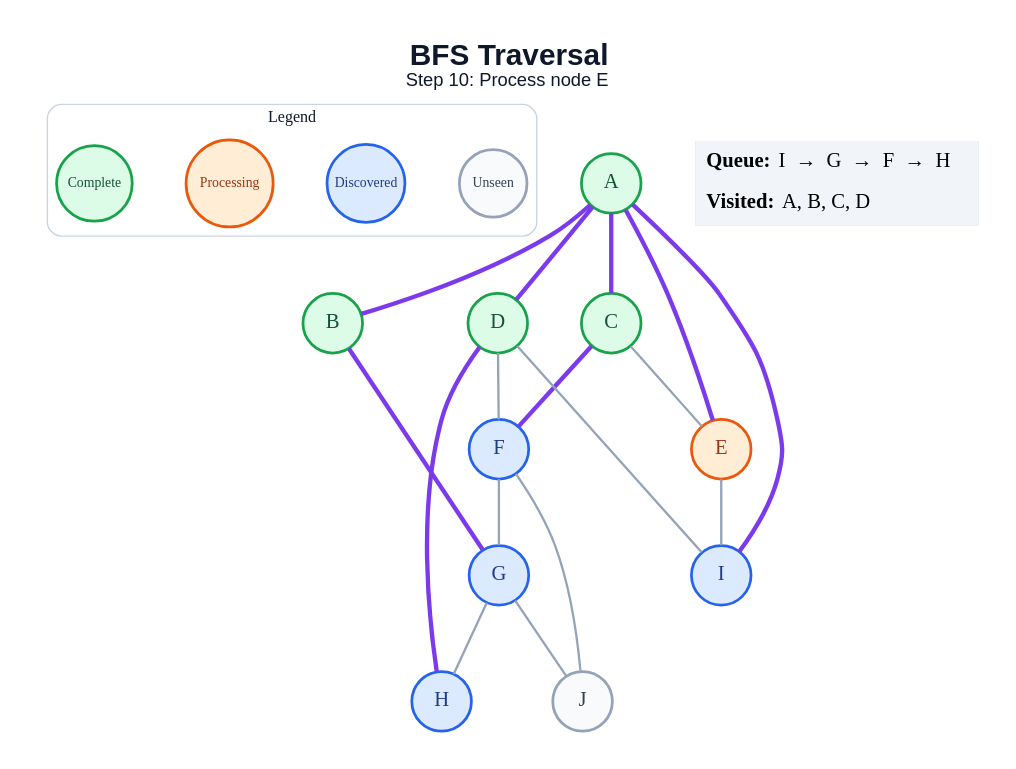
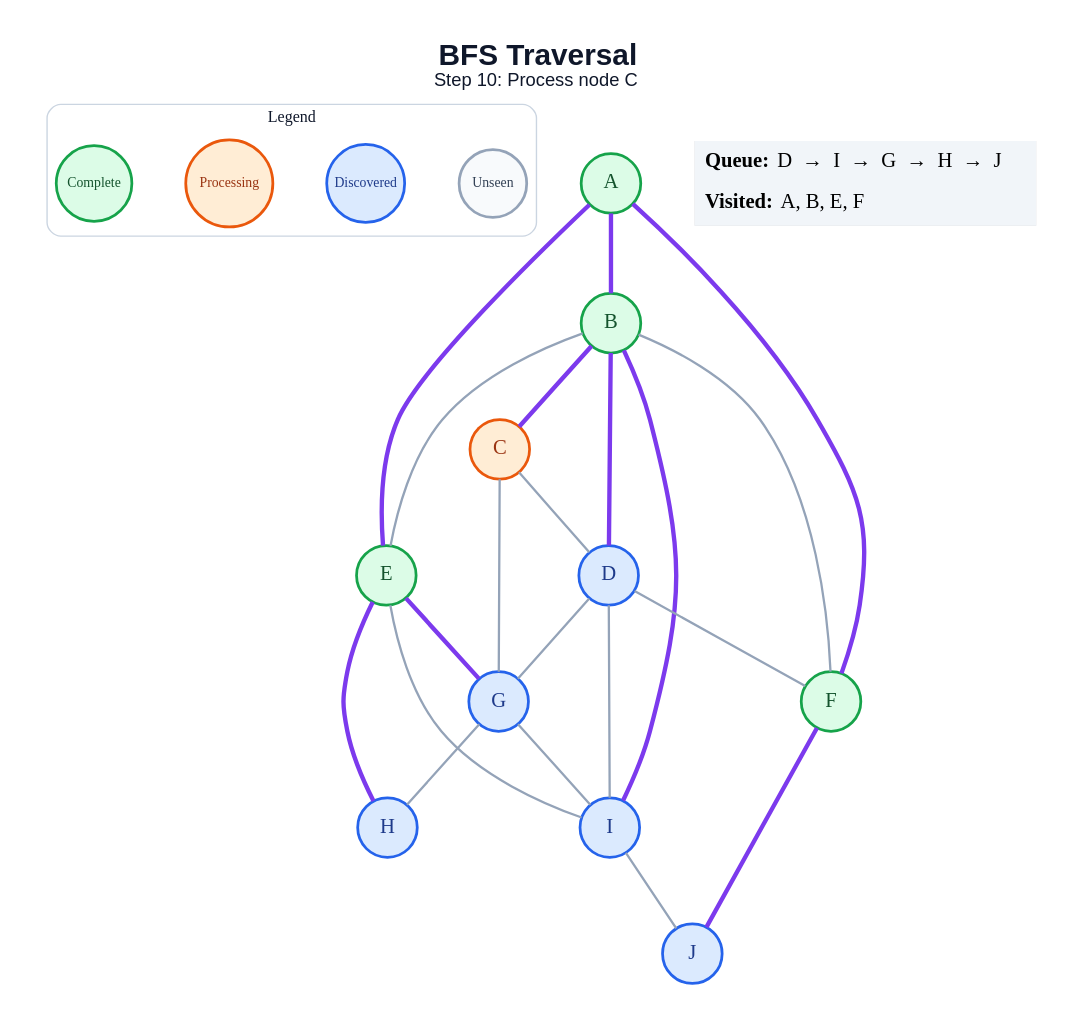
Before and after one commit to amanghodawala9/ai-slop: the diagram in generated/bfs/step_10.dot, drawn with Graphviz. The commit also changed 178 other files, not shown here.

```diff
--- a/generated/bfs/step_10.dot
+++ b/generated/bfs/step_10.dot
@@ -1,45 +1,49 @@
 graph traversal {
   graph [layout=dot, rankdir=TB, bgcolor="#FFFFFF", pad="0.35", nodesep="0.65", ranksep="0.8", fontname="Arial"];
   node [shape=circle, style="filled", fontname="Arial Bold", fontsize=18, width=0.72, fixedsize=true, penwidth=2.4];
   edge [color="#94A3B8", penwidth=2.0];
-  label=<<B>BFS Traversal</B><BR/><FONT POINT-SIZE="16">Step 10: Process node E</FONT>>; labelloc="t"; fontsize=26; fontname="Arial"; fontcolor="#0F172A";
+  label=<<B>BFS Traversal</B><BR/><FONT POINT-SIZE="16">Step 10: Process node C</FONT>>; labelloc="t"; fontsize=26; fontname="Arial"; fontcolor="#0F172A";
   subgraph cluster_legend { label="Legend"; color="#CBD5E1"; penwidth=1.2; style="rounded"; fontsize=14; fontname="Arial Bold";
     key_unseen [label="Unseen", fillcolor="#F8FAFC", color="#94A3B8", fontcolor="#334155", fontsize=12, width=0.82];
     key_frontier [label="Discovered", fillcolor="#DBEAFE", color="#2563EB", fontcolor="#1E3A8A", fontsize=12, width=0.95];
     key_current [label="Processing", fillcolor="#FFEDD5", color="#EA580C", fontcolor="#9A3412", fontsize=12, width=1.05];
     key_done [label="Complete", fillcolor="#DCFCE7", color="#16A34A", fontcolor="#14532D", fontsize=12, width=0.92];
     { rank=same; key_unseen; key_frontier; key_current; key_done; }
   }
   A [fillcolor="#DCFCE7", color="#16A34A", fontcolor="#14532D"];
   B [fillcolor="#DCFCE7", color="#16A34A", fontcolor="#14532D"];
-  C [fillcolor="#DCFCE7", color="#16A34A", fontcolor="#14532D"];
-  D [fillcolor="#DCFCE7", color="#16A34A", fontcolor="#14532D"];
-  E [fillcolor="#FFEDD5", color="#EA580C", fontcolor="#9A3412"];
-  F [fillcolor="#DBEAFE", color="#2563EB", fontcolor="#1E3A8A"];
+  C [fillcolor="#FFEDD5", color="#EA580C", fontcolor="#9A3412"];
+  D [fillcolor="#DBEAFE", color="#2563EB", fontcolor="#1E3A8A"];
+  E [fillcolor="#DCFCE7", color="#16A34A", fontcolor="#14532D"];
+  F [fillcolor="#DCFCE7", color="#16A34A", fontcolor="#14532D"];
   G [fillcolor="#DBEAFE", color="#2563EB", fontcolor="#1E3A8A"];
   H [fillcolor="#DBEAFE", color="#2563EB", fontcolor="#1E3A8A"];
   I [fillcolor="#DBEAFE", color="#2563EB", fontcolor="#1E3A8A"];
-  J [fillcolor="#F8FAFC", color="#94A3B8", fontcolor="#334155"];
+  J [fillcolor="#DBEAFE", color="#2563EB", fontcolor="#1E3A8A"];
   A -- B [color="#7C3AED", penwidth=3.8];
-  A -- C [color="#7C3AED", penwidth=3.8];
-  A -- D [color="#7C3AED", penwidth=3.8];
   A -- E [color="#7C3AED", penwidth=3.8];
-  A -- I [color="#7C3AED", penwidth=3.8];
-  B -- G [color="#7C3AED", penwidth=3.8];
-  C -- E;
-  C -- F [color="#7C3AED", penwidth=3.8];
+  A -- F [color="#7C3AED", penwidth=3.8];
+  B -- C [color="#7C3AED", penwidth=3.8];
+  B -- D [color="#7C3AED", penwidth=3.8];
+  B -- E;
+  B -- F;
+  B -- I [color="#7C3AED", penwidth=3.8];
+  C -- D;
+  C -- G;
   D -- F;
-  D -- H [color="#7C3AED", penwidth=3.8];
+  D -- G;
   D -- I;
+  E -- G [color="#7C3AED", penwidth=3.8];
+  E -- H [color="#7C3AED", penwidth=3.8];
   E -- I;
-  F -- G;
-  F -- J;
+  F -- J [color="#7C3AED", penwidth=3.8];
   G -- H;
-  G -- J;
+  G -- I;
+  I -- J;
   status [shape=plain, fixedsize=false, width=0, height=0, margin=0, label=<
     <TABLE BORDER="0" CELLBORDER="0" CELLPADDING="7" BGCOLOR="#F1F5F9">
-      <TR><TD ALIGN="LEFT"><B>Queue:</B> I  →  G  →  F  →  H</TD></TR>
-      <TR><TD ALIGN="LEFT"><B>Visited:</B> A, B, C, D</TD></TR>
+      <TR><TD ALIGN="LEFT"><B>Queue:</B> D  →  I  →  G  →  H  →  J</TD></TR>
+      <TR><TD ALIGN="LEFT"><B>Visited:</B> A, B, E, F</TD></TR>
     </TABLE>
   >];
 }
```
